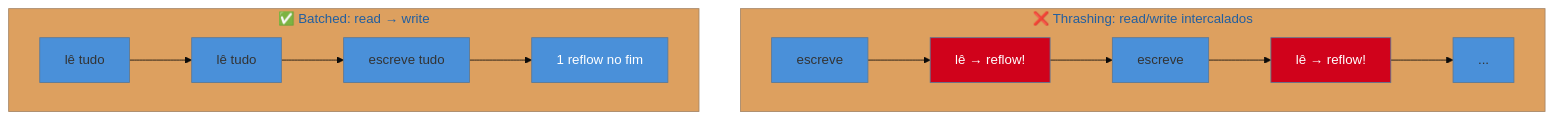
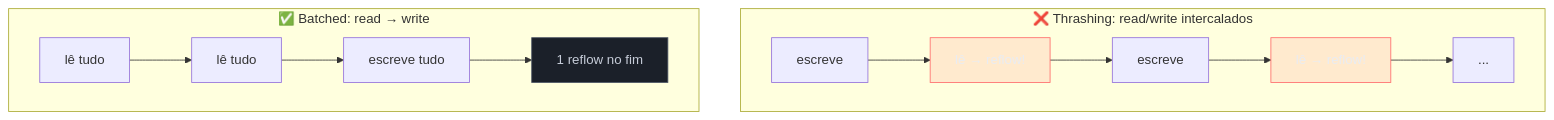
The diagram in 03-Dominios/Tecnologia/Web Performance/Performance de Runtime e Rendering/05 - Layout thrashing.md (josenaldo/codex-technomanticus), drawn with Mermaid before and after one commit. The commit also changed 1181 other files, not shown here.

First line of the commit message:
fix(diagramas): paleta do sistema no lugar de cor cravada no markdown

````diff
--- a/03-Dominios/Tecnologia/Web Performance/Performance de Runtime e Rendering/05 - Layout thrashing.md
+++ b/03-Dominios/Tecnologia/Web Performance/Performance de Runtime e Rendering/05 - Layout thrashing.md
@@ -33,13 +33,14 @@
 ```mermaid
-%%{init: {"theme": "base", "themeVariables": {"primaryColor": "#4A90D9"}}}%%
 graph TB
+    classDef falha fill:#FF6B6B24,stroke:#FF6B6B,color:#E9ECF2
+    classDef neutro fill:#1B2029,stroke:#4E5666,color:#C6CCD8
     subgraph BAD["❌ Thrashing: read/write intercalados"]
         W1[escreve] --> R1[lê → reflow!] --> W2[escreve] --> R2[lê → reflow!] --> W3[...]
     end
     subgraph GOOD["✅ Batched: read → write"]
         RA[lê tudo] --> RB[lê tudo] --> WA[escreve tudo] --> WB[1 reflow no fim]
     end
-    style R1 fill:#D0021B,color:#fff
-    style R2 fill:#D0021B,color:#fff
-    style WB fill:#4A90D9,color:#fff
+    class R1 falha
+    class R2 falha
+    class WB neutro
 ```
````
